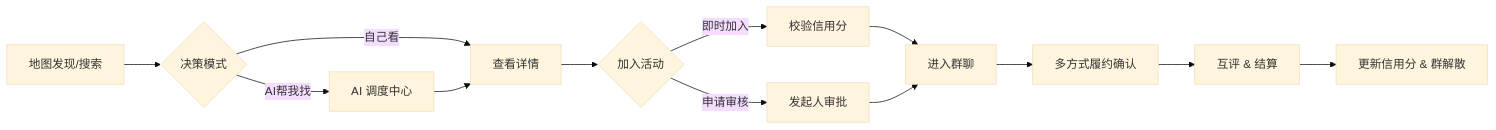
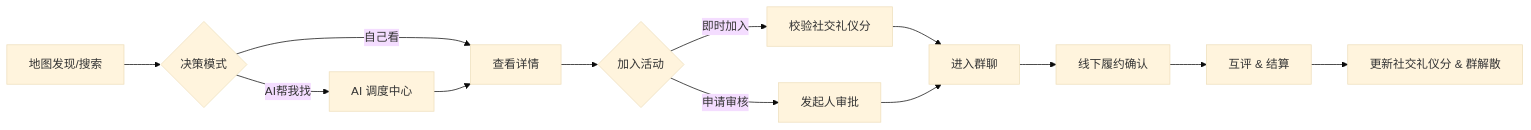
Before and after one commit to sylasxu/juchang: the diagram in docs/PRD.md, drawn with Mermaid (base theme). The commit also changed other lines of this file, not shown here.

````diff
--- a/docs/PRD.md
+++ b/docs/PRD.md
@@ -50,15 +215,15 @@
 ```mermaid
 graph LR
     A[地图发现/搜索] --> B{决策模式}
     B -- 自己看 --> C[查看详情]
     B -- AI帮我找 --> D[AI 调度中心]
     D --> C
     C --> E{加入活动}
-    E -- 即时加入 --> F[校验信用分]
+    E -- 即时加入 --> F[校验社交礼仪分]
     E -- 申请审核 --> G[发起人审批]
     F --> H[进入群聊]
     G --> H
-    H --> I[多方式履约确认]
+    H --> I[线下履约确认]
     I --> J[互评 & 结算]
-    J --> K[更新信用分 & 群解散]
+    J --> K[更新社交礼仪分 & 群解散]
 ```
````
